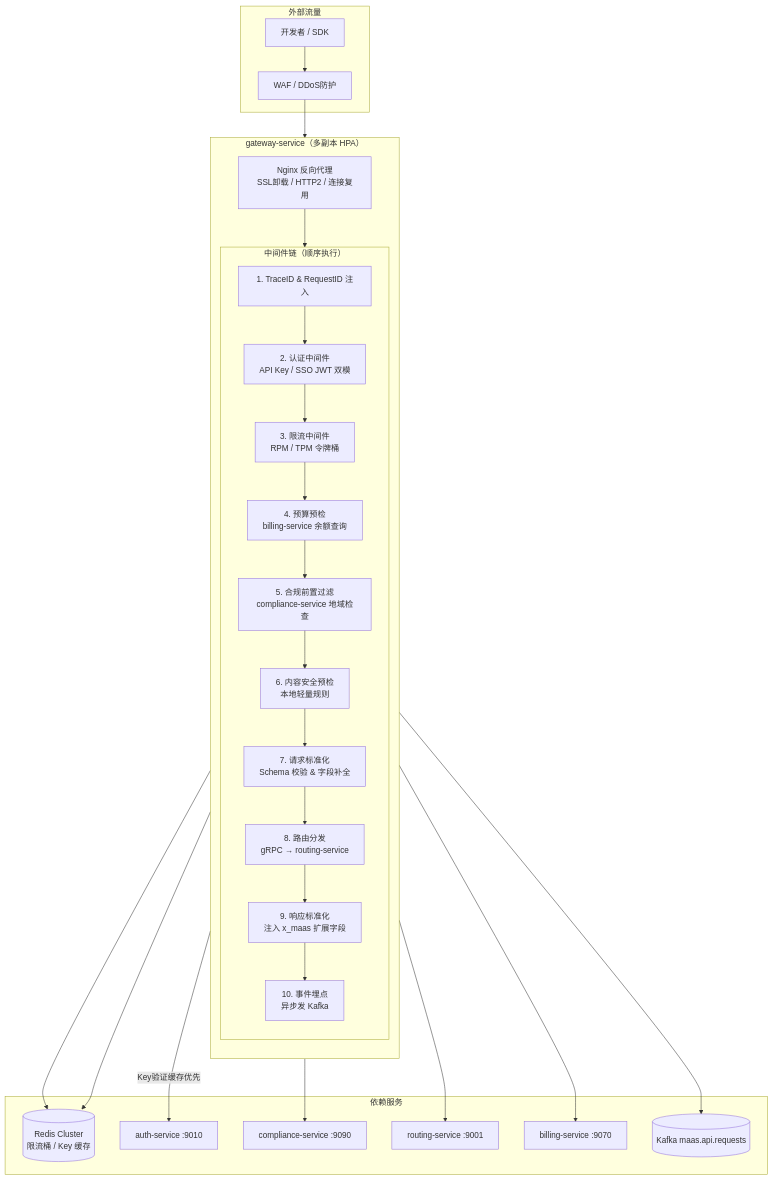
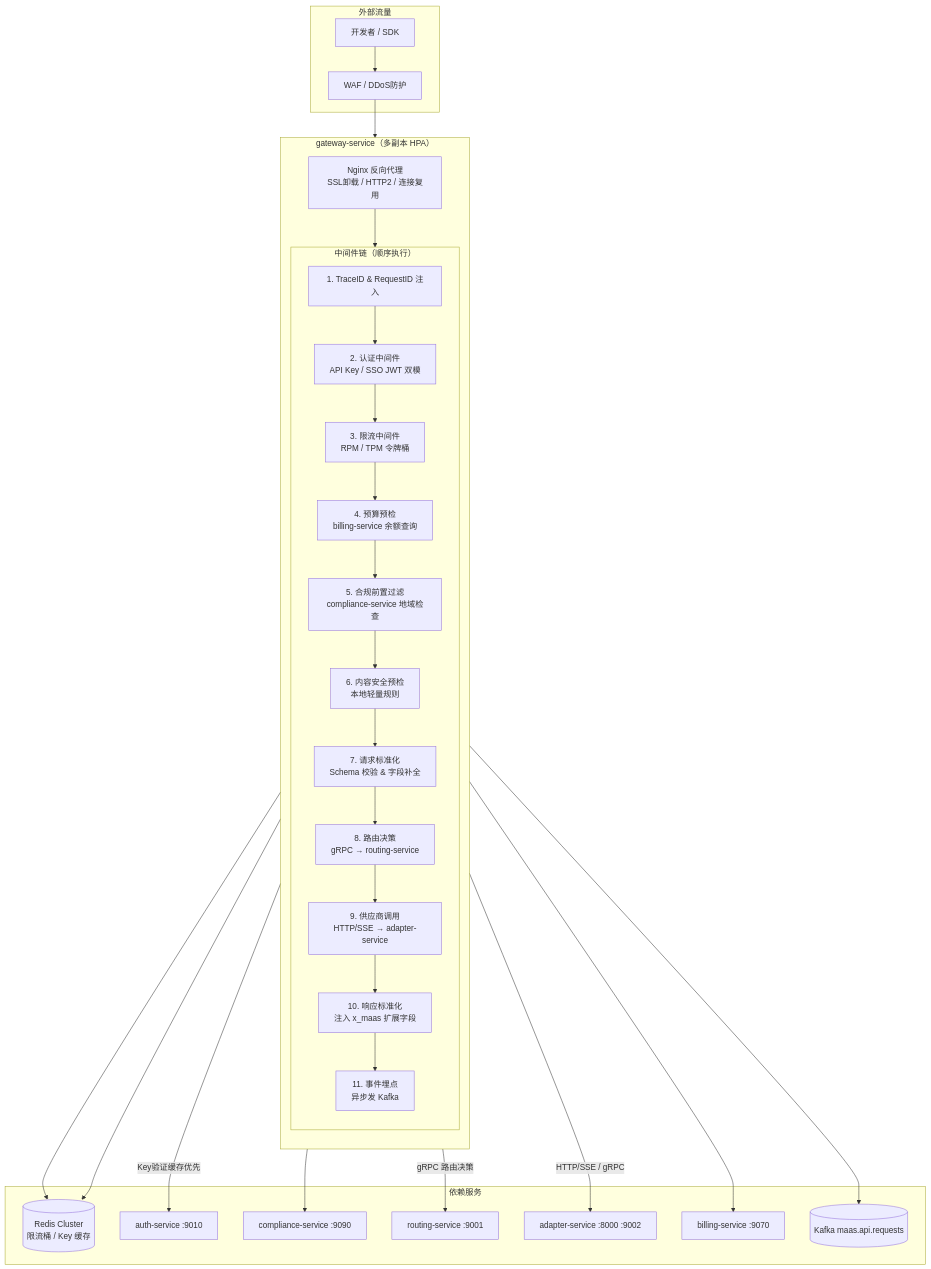
Before and after one commit to kate1128/OpenMaas: the first of 3 diagrams in 05-开发设计/01-后端设计/微服务设计/01-gateway-service详细设计.md, drawn with Mermaid. The commit also changed other lines of this file and 11239 other files, not shown here.

````diff
--- a/05-开发设计/01-后端设计/微服务设计/01-gateway-service详细设计.md
+++ b/05-开发设计/01-后端设计/微服务设计/01-gateway-service详细设计.md
@@ -33,45 +34,48 @@
 ```mermaid
 graph TD
     subgraph External["外部流量"]
         Dev[开发者 / SDK]
         WAF[WAF / DDoS防护]
     end
 
     subgraph GW["gateway-service（多副本 HPA）"]
         direction TB
         Nginx[Nginx 反向代理\nSSL卸载 / HTTP2 / 连接复用]
 
         subgraph MW["中间件链（顺序执行）"]
             M1[1. TraceID & RequestID 注入]
             M2[2. 认证中间件\nAPI Key / SSO JWT 双模]
             M3[3. 限流中间件\nRPM / TPM 令牌桶]
             M4[4. 预算预检\nbilling-service 余额查询]
             M5[5. 合规前置过滤\ncompliance-service 地域检查]
             M6[6. 内容安全预检\n本地轻量规则]
             M7[7. 请求标准化\nSchema 校验 & 字段补全]
-            M8[8. 路由分发\ngRPC → routing-service]
-            M9[9. 响应标准化\n注入 x_maas 扩展字段]
-            M10[10. 事件埋点\n异步发 Kafka]
+            M8[8. 路由决策\ngRPC → routing-service]
+            M9[9. 供应商调用\nHTTP/SSE → adapter-service]
+            M10[10. 响应标准化\n注入 x_maas 扩展字段]
+            M11[11. 事件埋点\n异步发 Kafka]
         end
 
-        M1 --> M2 --> M3 --> M4 --> M5 --> M6 --> M7 --> M8 --> M9 --> M10
+        M1 --> M2 --> M3 --> M4 --> M5 --> M6 --> M7 --> M8 --> M9 --> M10 --> M11
     end
 
     subgraph Deps["依赖服务"]
         Redis[(Redis Cluster\n限流桶 / Key 缓存)]
         AuthSvc[auth-service :9010]
         ComplianceSvc[compliance-service :9090]
         RoutingSvc[routing-service :9001]
+        AdapterSvc[adapter-service :8000 :9002]
         BillingSvc[billing-service :9070]
         Kafka[(Kafka maas.api.requests)]
     end
 
     Dev --> WAF --> Nginx --> MW
     M2 -->|Key验证缓存优先| AuthSvc
     M2 --> Redis
     M3 --> Redis
     M4 --> BillingSvc
     M5 --> ComplianceSvc
-    M8 --> RoutingSvc
-    M10 --> Kafka
+    M8 -->|gRPC 路由决策| RoutingSvc
+    M9 -->|HTTP/SSE / gRPC| AdapterSvc
+    M11 --> Kafka
 ```
````
